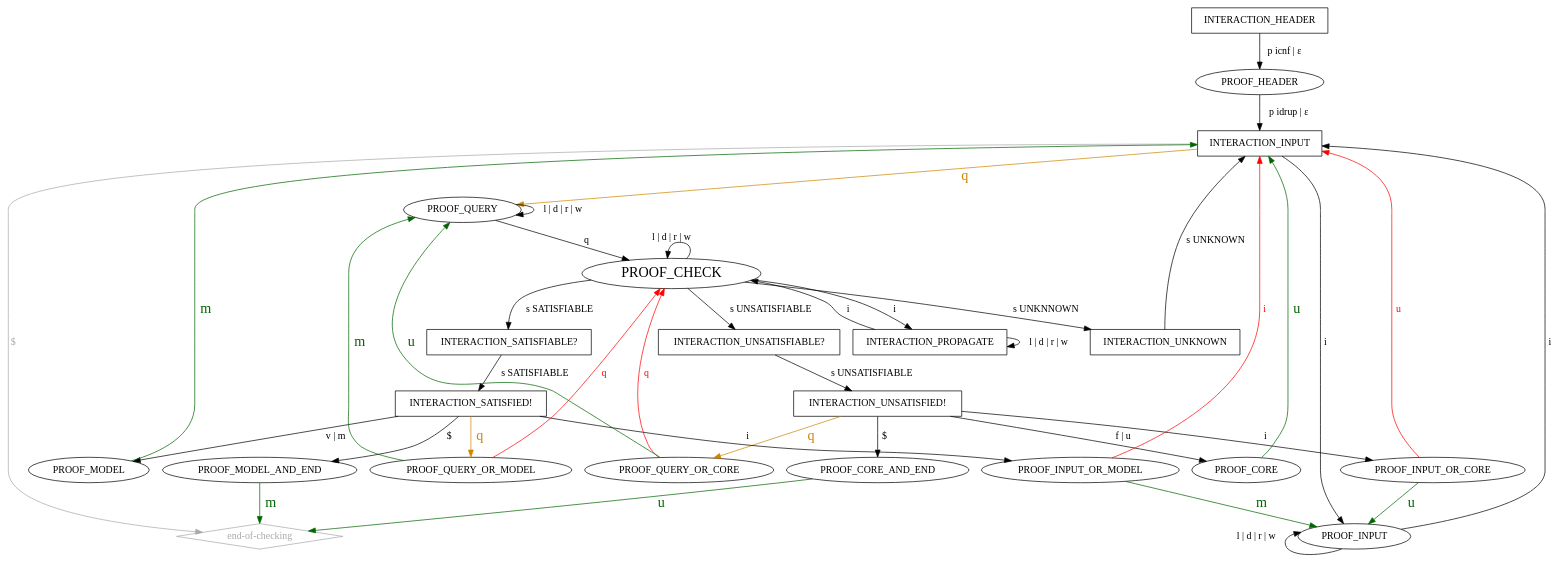
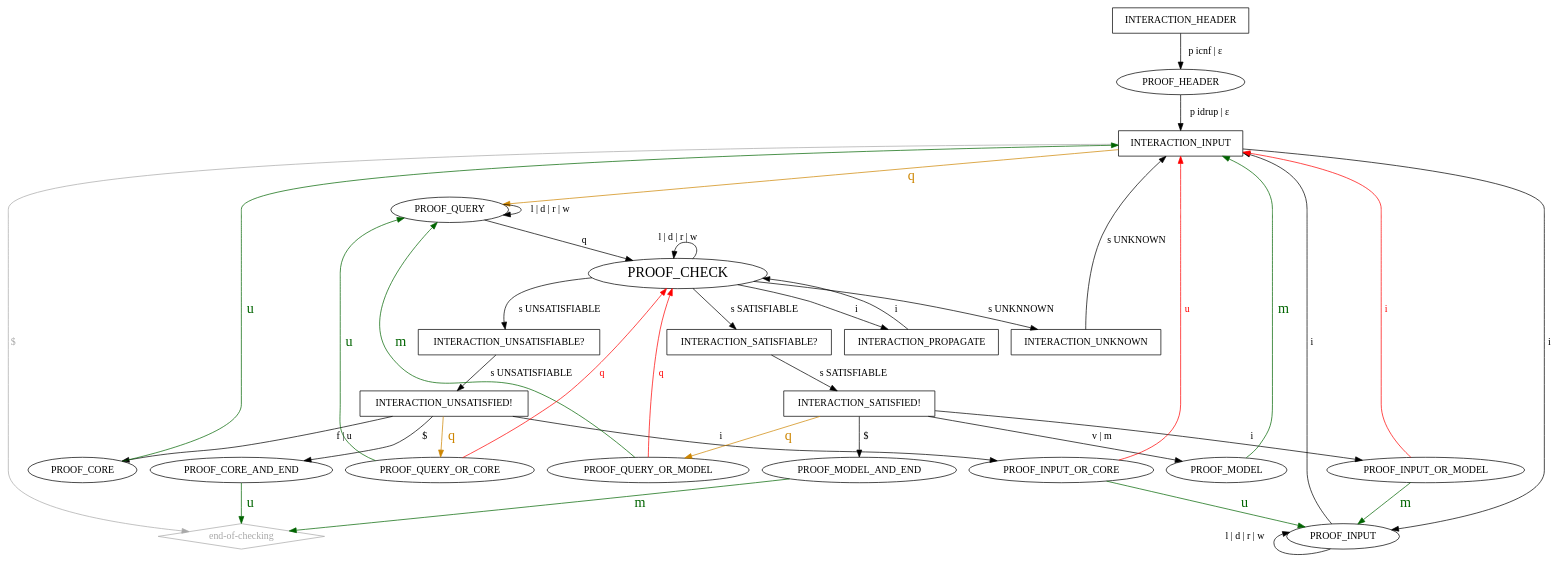
One commit to arminbiere/lidrup-check changed the diagram in lidrup-check-relaxed.dot. Above: the diagram before and after it, drawn with Graphviz. The commit also changed 14 other files, not shown here.

```diff
--- a/lidrup-check-relaxed.dot
+++ b/lidrup-check-relaxed.dot
@@ -1,69 +1,68 @@
 digraph "idrup-check" {
 
   INTERACTION_HEADER [shape=box];
   INTERACTION_HEADER -> PROOF_HEADER [label=" p icnf | ε "];
   PROOF_HEADER -> INTERACTION_INPUT [label=" p idrup | ε "];
 
   "end-of-checking" [shape=diamond,color=darkgray,fontcolor=darkgray];
   "end-of-checking" -> INTERACTION_INPUT [label="$    ",dir=back,color=darkgray,fontcolor=darkgray];
 
   INTERACTION_INPUT [shape=box];
   INTERACTION_INPUT -> PROOF_INPUT [label=" i "];
   INTERACTION_INPUT -> PROOF_QUERY [label=" q ",color=orange3,fontsize=20,fontcolor=orange3];
 
   PROOF_INPUT -> INTERACTION_INPUT [label=" i "];
   PROOF_INPUT:sw -> PROOF_INPUT [label=" l | d | r | w "];
 
   PROOF_QUERY -> PROOF_CHECK [label=" q "];
   PROOF_QUERY -> PROOF_QUERY [label=" l | d | r | w "];
 
   PROOF_CHECK [fontsize=20];
   PROOF_CHECK:_ -> PROOF_CHECK:ne [label=" l | d | r | w ",dir=back];
+  PROOF_CHECK -> INTERACTION_PROPAGATE [label=" i "];
   PROOF_CHECK -> INTERACTION_SATISFIABLE [label=" s SATISFIABLE "];
   PROOF_CHECK -> INTERACTION_UNSATISFIABLE [label=" s UNSATISFIABLE "];
-  PROOF_CHECK -> INTERACTION_PROPAGATE [label=" i "];
   PROOF_CHECK -> INTERACTION_UNKNOWN [label=" s UNKNNOWN "];
 
   INTERACTION_UNSATISFIABLE [shape="box",label="INTERACTION_UNSATISFIABLE?"];
   INTERACTION_UNSATISFIABLE -> INTERACTION_UNSATISFIED [label=" s UNSATISFIABLE "];
 
   INTERACTION_SATISFIABLE [shape="box",label="INTERACTION_SATISFIABLE?"];
   INTERACTION_SATISFIABLE -> INTERACTION_SATISFIED [label=" s SATISFIABLE "];
 
   PROOF_QUERY_OR_MODEL -> PROOF_QUERY [label=" m ",color=darkgreen,fontcolor=darkgreen,fontsize=20];
   PROOF_QUERY_OR_MODEL -> PROOF_CHECK [label=" q ",color=red,fontcolor=red];
 
   INTERACTION_SATISFIED [shape=box,label="INTERACTION_SATISFIED!"];
   INTERACTION_SATISFIED -> PROOF_MODEL [label=" v | m "];
   INTERACTION_SATISFIED -> PROOF_INPUT_OR_MODEL [label=" i "];
   INTERACTION_SATISFIED -> PROOF_QUERY_OR_MODEL [label=" q ", color=orange3,fontsize=20,fontcolor=orange3];
   INTERACTION_SATISFIED -> PROOF_MODEL_AND_END [label=" $ "];
 
   INTERACTION_UNSATISFIED [shape=box,label="INTERACTION_UNSATISFIED!"];
   INTERACTION_UNSATISFIED -> PROOF_CORE [label=" f | u "];
   INTERACTION_UNSATISFIED -> PROOF_INPUT_OR_CORE [label=" i "];
   INTERACTION_UNSATISFIED -> PROOF_QUERY_OR_CORE [label=" q ",color=orange3,fontsize=20,fontcolor=orange3];
   INTERACTION_UNSATISFIED -> PROOF_CORE_AND_END [label=" $ "];
 
   INTERACTION_UNKNOWN [shape=box];
   INTERACTION_UNKNOWN -> INTERACTION_INPUT [label="s UNKNOWN"];
 
   INTERACTION_PROPAGATE [shape=box];
   INTERACTION_PROPAGATE -> PROOF_CHECK [label=" i "];
-  INTERACTION_PROPAGATE -> INTERACTION_PROPAGATE [label=" l | d | r | w "];
 
   PROOF_MODEL_AND_END -> "end-of-checking" [label=" m ",color=darkgreen,fontsize=20,fontcolor=darkgreen];
   PROOF_CORE_AND_END -> "end-of-checking" [label=" u ",color=darkgreen,fontsize=20,fontcolor=darkgreen];
 
   PROOF_MODEL -> INTERACTION_INPUT [label=" m ",color=darkgreen,fontsize=20,fontcolor=darkgreen];
   PROOF_CORE -> INTERACTION_INPUT [label=" u ",color=darkgreen,fontsize=20,fontcolor=darkgreen];
 
   PROOF_INPUT_OR_MODEL -> INTERACTION_INPUT [label=" i ",color=red,fontcolor=red];
   PROOF_INPUT_OR_MODEL -> PROOF_INPUT [label=" m ", color=darkgreen,fontcolor=darkgreen,fontsize=20];
 
   PROOF_QUERY_OR_CORE -> PROOF_QUERY [label=" u ",color=darkgreen,fontcolor=darkgreen,fontsize=20];
   PROOF_QUERY_OR_CORE -> PROOF_CHECK [label=" q ",color=red,fontcolor=red];
 
   PROOF_INPUT_OR_CORE -> PROOF_INPUT [label=" u ",color=darkgreen,fontcolor=darkgreen,fontsize=20];
   PROOF_INPUT_OR_CORE -> INTERACTION_INPUT [label=" u ",color=red,fontcolor=red];
 }
```
